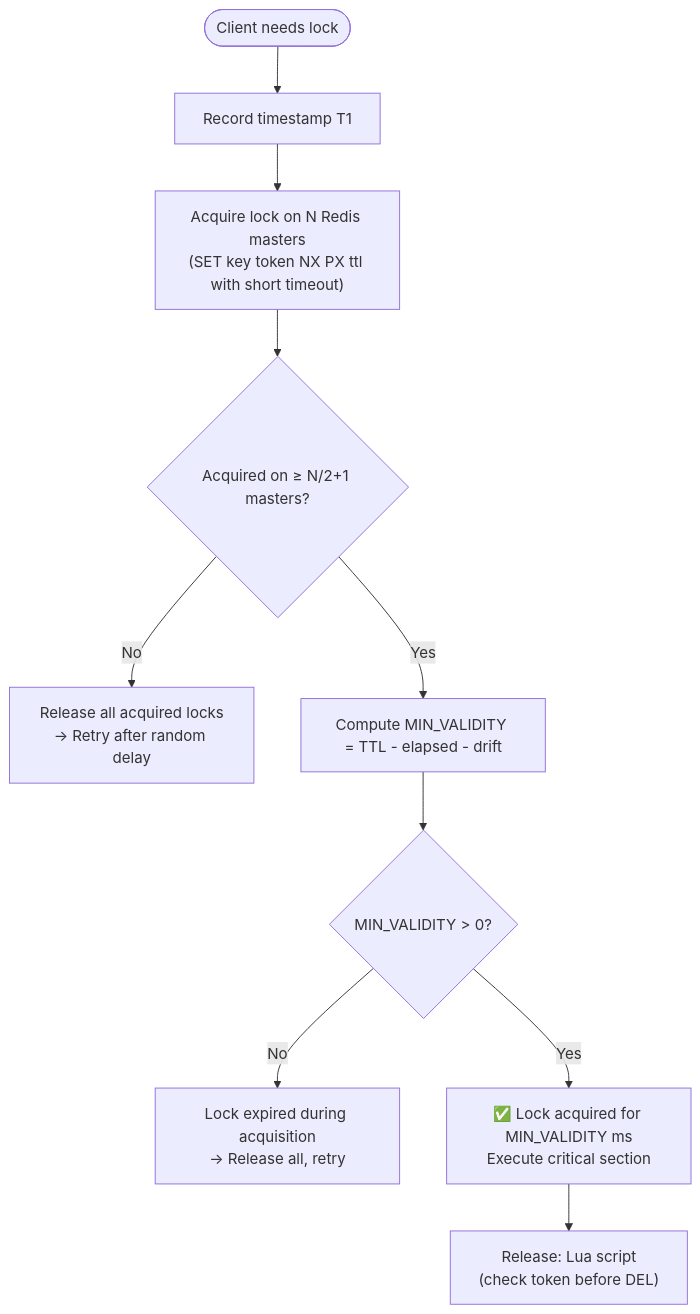
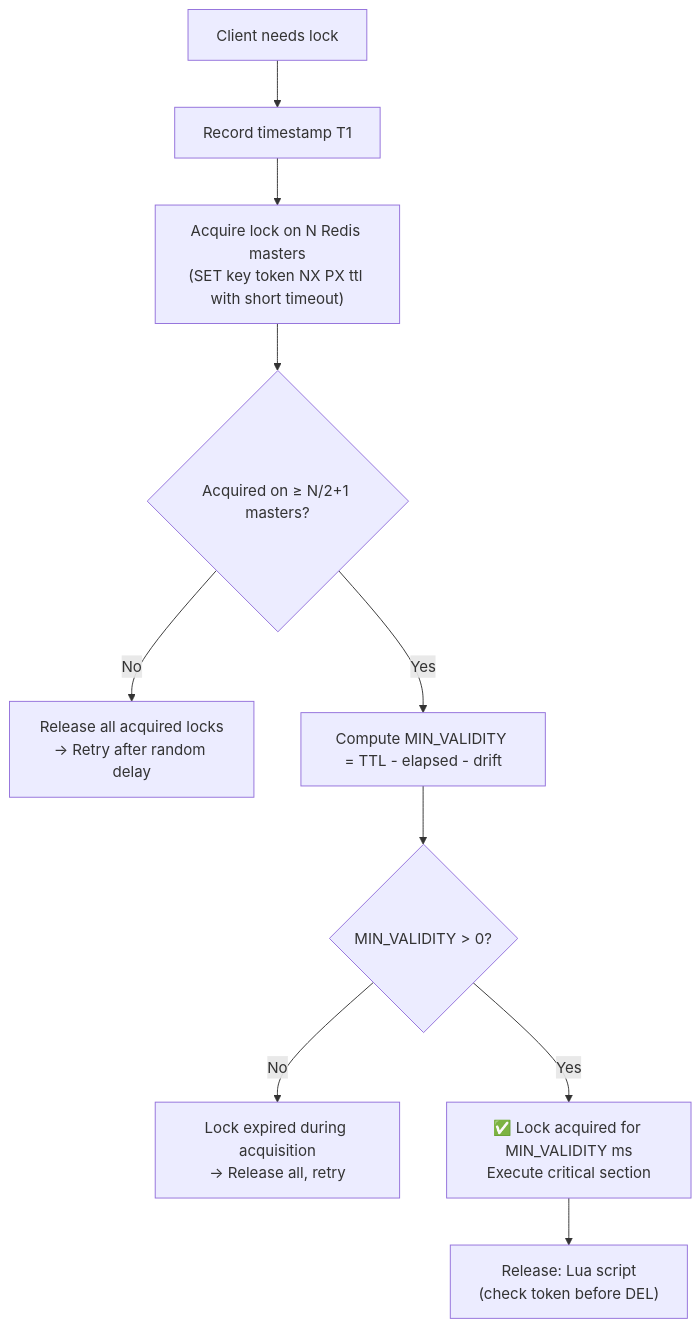
Before and after one commit to vesviet/vesviet: the second of 2 diagrams in content/series/system-design/06-distributed-locks-concurrency.md, drawn with Mermaid. The commit also changed other lines of this file and 280 other files, not shown here.

````diff
--- a/content/series/system-design/06-distributed-locks-concurrency.md
+++ b/content/series/system-design/06-distributed-locks-concurrency.md
@@ -90,12 +90,12 @@
 ```mermaid
 graph TD
-    Start([Client needs lock]) --> T1["Record timestamp T1"]
+    Start["Client needs lock"] --> T1["Record timestamp T1"]
     T1 --> Acquire["Acquire lock on N Redis masters\n(SET key token NX PX ttl with short timeout)"]
     Acquire --> Quorum{"Acquired on ≥ N/2+1 masters?"}
     Quorum -->|No| Fail["Release all acquired locks\n→ Retry after random delay"]
     Quorum -->|Yes| Validity["Compute MIN_VALIDITY = TTL - elapsed - drift"]
     Validity --> Valid{"MIN_VALIDITY > 0?"}
     Valid -->|No| Fail2["Lock expired during acquisition\n→ Release all, retry"]
     Valid -->|Yes| Success["✅ Lock acquired for MIN_VALIDITY ms\nExecute critical section"]
     Success --> Release["Release: Lua script\n(check token before DEL)"]
 ```
````
